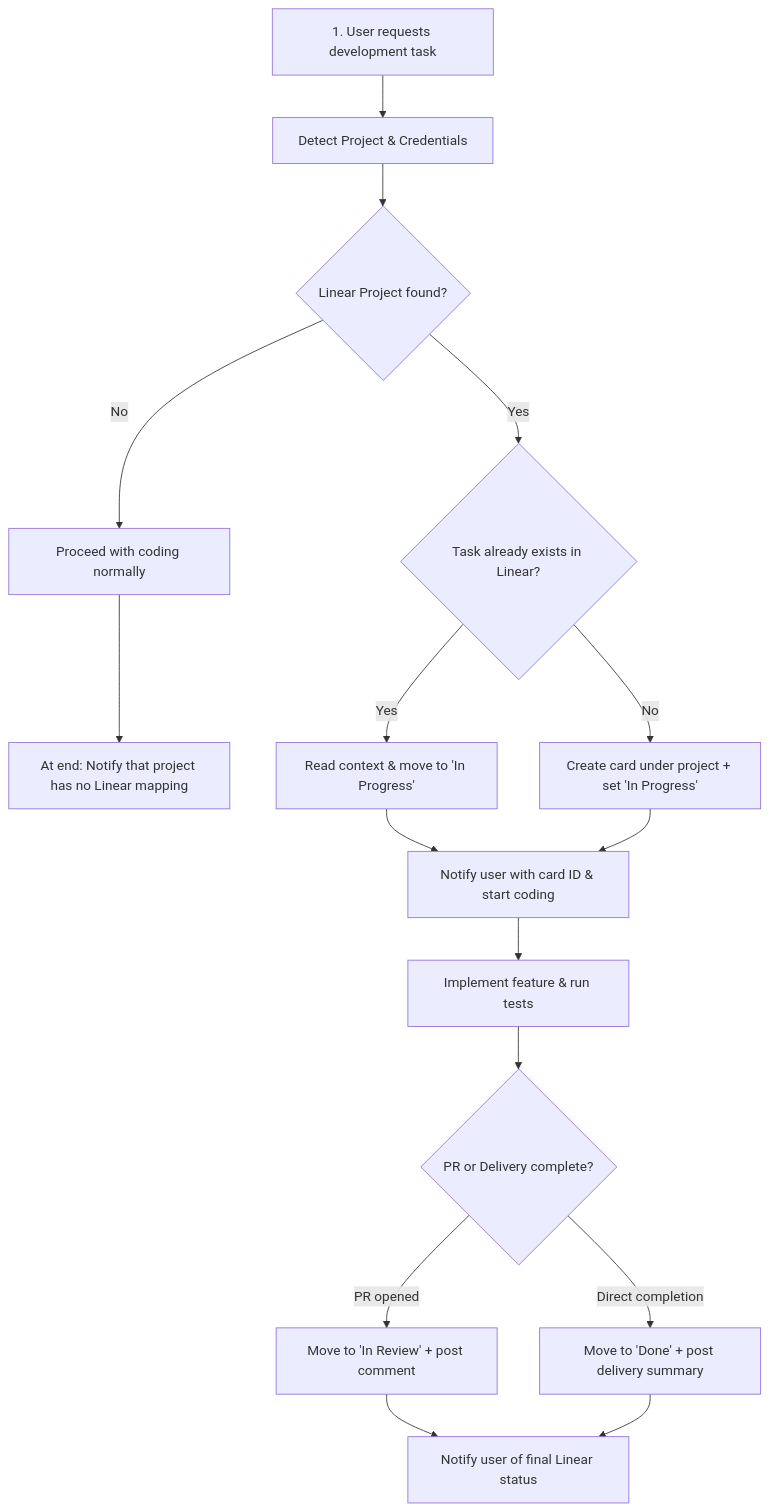
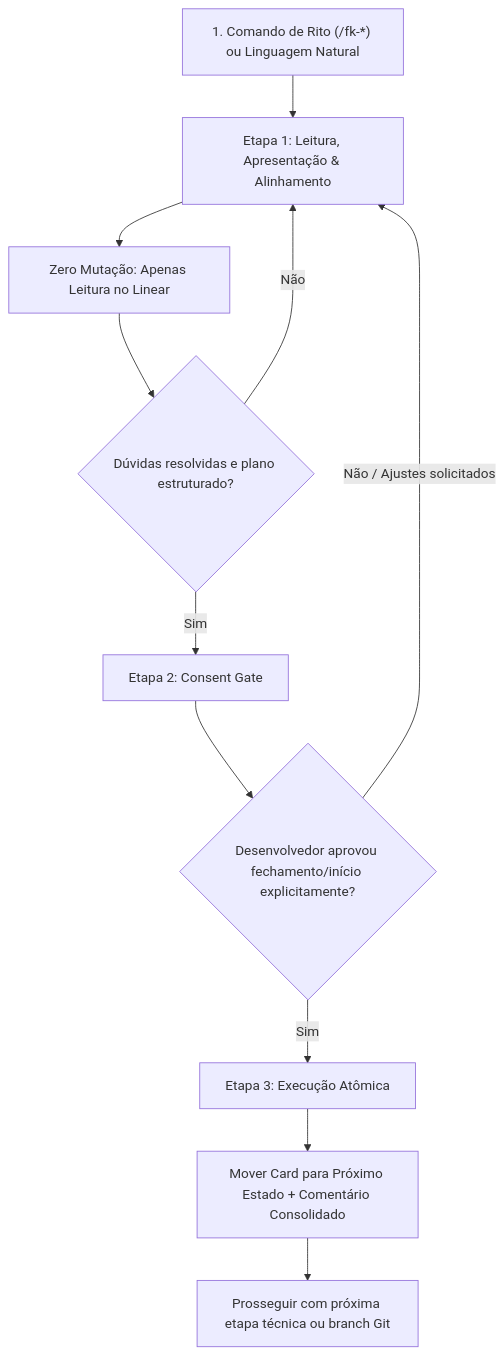
The diagram in skills/linear-workflow/SKILL.md (CaioCoelhoChaves/fk_apm), drawn with Mermaid before and after one commit. The commit also changed other lines of this file and 2 other files, not shown here.

First line of the commit message:
feat(linear-workflow): comandos de ciclo de vida /fk-*, consent gate em 3 etapas e idempotência de comentários (#5)

````diff
--- a/skills/linear-workflow/SKILL.md
+++ b/skills/linear-workflow/SKILL.md
@@ -70,18 +93,13 @@
 ```mermaid
 flowchart TD
-    A["1. User requests development task"] --> B["Detect Project & Credentials"]
-    B --> C{"Linear Project found?"}
-    C -- "No" --> D["Proceed with coding normally"]
-    D --> E["At end: Notify that project has no Linear mapping"]
-    C -- "Yes" --> F{"Task already exists in Linear?"}
-    F -- "Yes" --> G["Read context & move to 'In Progress'"]
-    F -- "No" --> H["Create card under project + set 'In Progress'"]
-    G --> I["Notify user with card ID & start coding"]
-    H --> I
-    I --> J["Implement feature & run tests"]
-    J --> K{"PR or Delivery complete?"}
-    K -- "PR opened" --> L["Move to 'In Review' + post comment"]
-    K -- "Direct completion" --> M["Move to 'Done' + post delivery summary"]
-    L --> N["Notify user of final Linear status"]
-    M --> N
+    A["1. Comando de Rito (/fk-*) ou Linguagem Natural"] --> B["Etapa 1: Leitura, Apresentação & Alinhamento"]
+    B --> C["Zero Mutação: Apenas Leitura no Linear"]
+    C --> D{"Dúvidas resolvidas e plano estruturado?"}
+    D -- "Não" --> B
+    D -- "Sim" --> E["Etapa 2: Consent Gate"]
+    E --> F{"Desenvolvedor aprovou fechamento/início explicitamente?"}
+    F -- "Não / Ajustes solicitados" --> B
+    F -- "Sim" --> G["Etapa 3: Execução Atômica"]
+    G --> H["Mover Card para Próximo Estado + Comentário Consolidado"]
+    H --> I["Prosseguir com próxima etapa técnica ou branch Git"]
 ```
````
